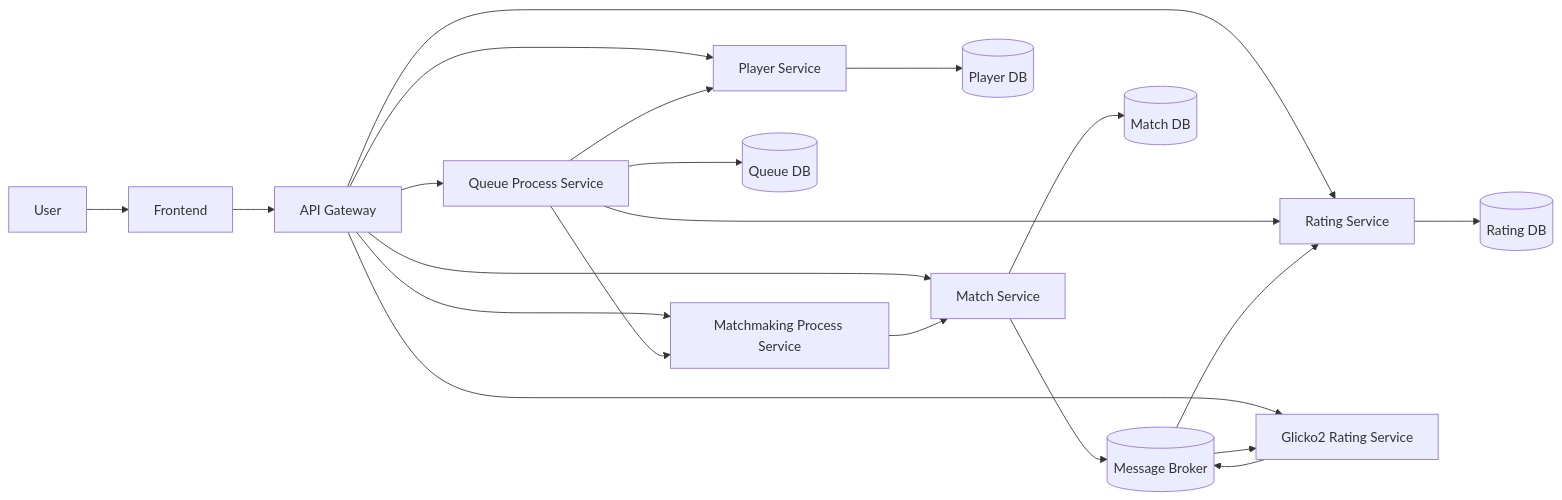
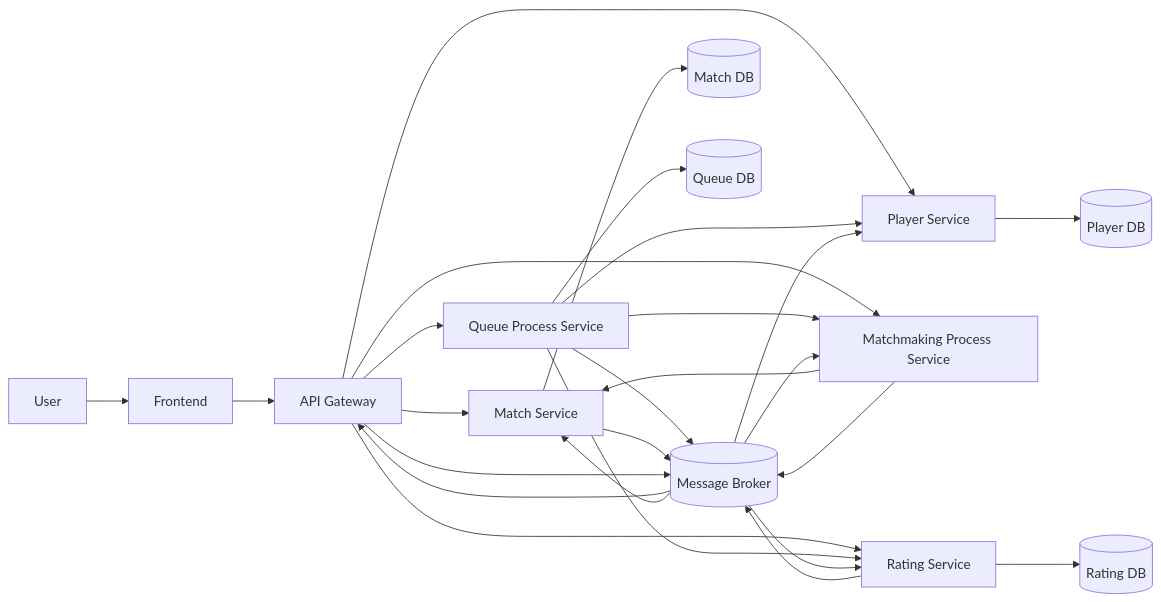
The diagram in docs/architecture.md (dpbL5/glicko2-matchmaking-system), drawn with Mermaid before and after one commit. The commit also changed other lines of this file and 1 other file, not shown here.

````diff
--- a/docs/architecture.md
+++ b/docs/architecture.md
@@ -114,25 +112,30 @@
 ```mermaid
 graph LR
     U[User] --> FE[Frontend]
     FE --> GW[API Gateway]
     GW --> PS[Player Service]
     GW --> MS[Match Service]
     GW --> QS[Queue Process Service]
     GW --> MPS[Matchmaking Process Service]
     GW --> RS[Rating Service]
-    GW --> G2[Glicko2 Rating Service]
 
     QS --> PS
     QS --> RS
     QS --> MPS
     MPS --> MS
-    MS --> MB[(Message Broker)]
-    MB --> G2
-    G2 --> MB
+    QS --> MB[(Message Broker)]
+    MPS --> MB
+    MS --> MB
+    RS --> MB
+    GW --> MB
+    MB --> PS
+    MB --> GW
     MB --> RS
+    MB --> MPS
+    MB --> MS
 
     PS --> PDB[(Player DB)]
     MS --> MDB[(Match DB)]
     QS --> QDB[(Queue DB)]
     RS --> RDB[(Rating DB)]
 ```
````
